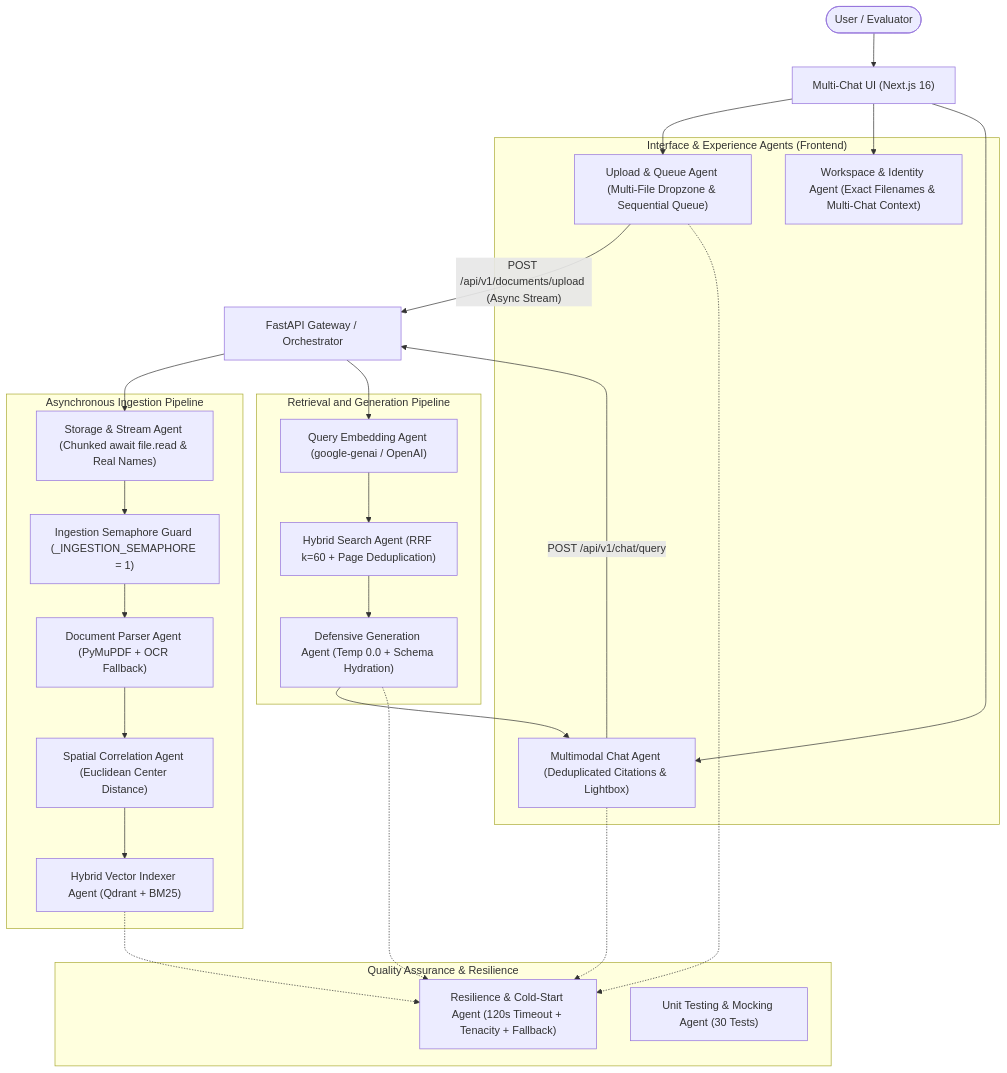
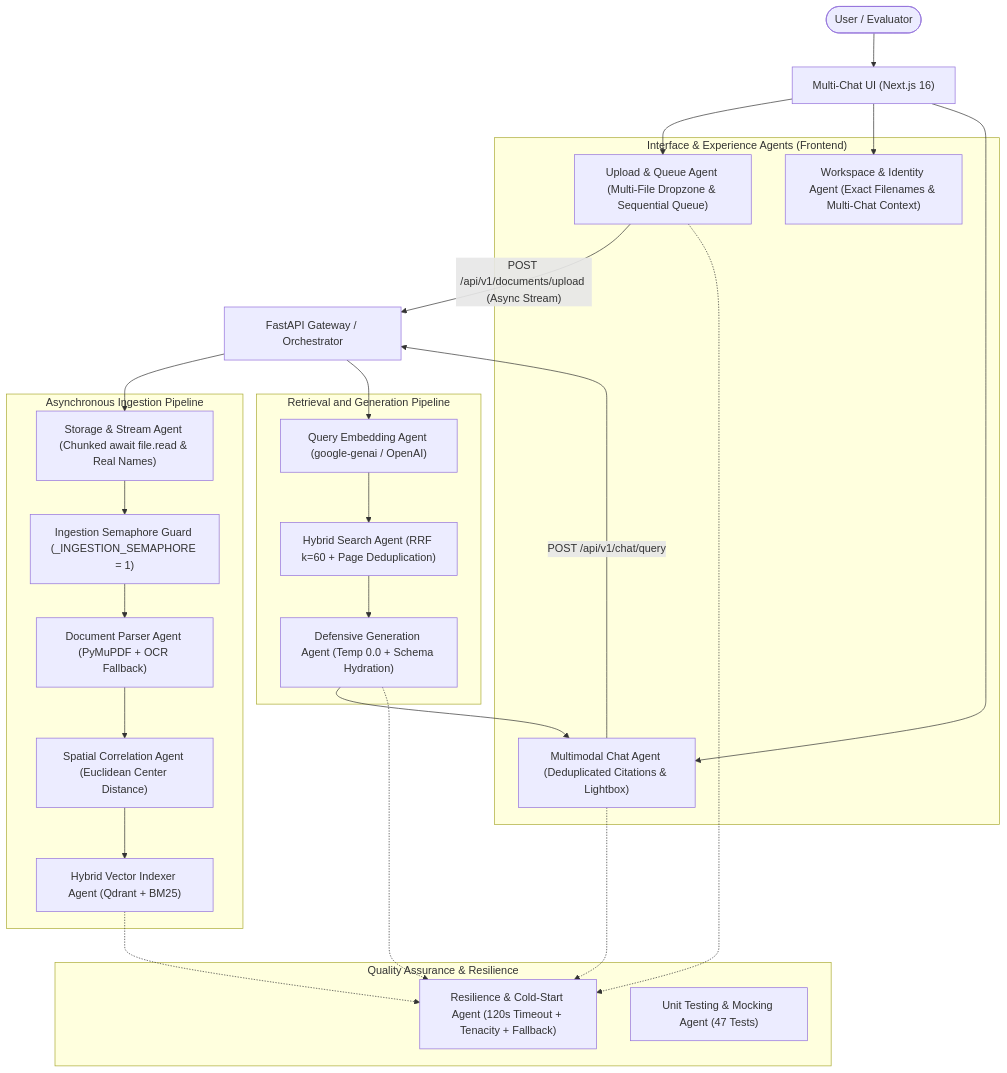
Before and after one commit to jc9218/multimodal-rag: the diagram in AGENTS.md, drawn with Mermaid. The commit also changed other lines of this file and 3 other files, not shown here.

````diff
--- a/AGENTS.md
+++ b/AGENTS.md
@@ -15,52 +15,52 @@
 ```mermaid
 flowchart TD
     User(["User / Evaluator"]) --> FrontendUI["Multi-Chat UI (Next.js 16)"]
 
     subgraph FrontendAgents["Interface & Experience Agents (Frontend)"]
         UploadQueueAgent["Upload & Queue Agent (Multi-File Dropzone & Sequential Queue)"]
         WorkspaceAgent["Workspace & Identity Agent (Exact Filenames & Multi-Chat Context)"]
         MultimodalChatAgent["Multimodal Chat Agent (Deduplicated Citations & Lightbox)"]
     end
 
     FrontendUI --> UploadQueueAgent
     FrontendUI --> WorkspaceAgent
     FrontendUI --> MultimodalChatAgent
 
     UploadQueueAgent -->|"POST /api/v1/documents/upload (Async Stream)"| Gateway["FastAPI Gateway / Orchestrator"]
     MultimodalChatAgent -->|"POST /api/v1/chat/query"| Gateway
 
     subgraph IngestionPipeline["Asynchronous Ingestion Pipeline"]
         StorageAgent["Storage & Stream Agent (Chunked await file.read & Real Names)"]
         SemaphoreGuard["Ingestion Semaphore Guard (_INGESTION_SEMAPHORE = 1)"]
         ParserAgent["Document Parser Agent (PyMuPDF + OCR Fallback)"]
         SpatialAgent["Spatial Correlation Agent (Euclidean Center Distance)"]
         VectorIndexerAgent["Hybrid Vector Indexer Agent (Qdrant + BM25)"]
     end
 
     subgraph QueryPipeline["Retrieval and Generation Pipeline"]
         QueryEmbeddingAgent["Query Embedding Agent (google-genai / OpenAI)"]
         HybridSearchAgent["Hybrid Search Agent (RRF k=60 + Page Deduplication)"]
         DefensiveLLMAgent["Defensive Generation Agent (Temp 0.0 + Schema Hydration)"]
     end
 
     subgraph QualityAssurance["Quality Assurance & Resilience"]
         ResilienceAgent["Resilience & Cold-Start Agent (120s Timeout + Tenacity + Fallback)"]
-        TestRunnerAgent["Unit Testing & Mocking Agent (30 Tests)"]
+        TestRunnerAgent["Unit Testing & Mocking Agent (47 Tests)"]
     end
 
     Gateway --> StorageAgent
     StorageAgent --> SemaphoreGuard
     SemaphoreGuard --> ParserAgent
     ParserAgent --> SpatialAgent
     SpatialAgent --> VectorIndexerAgent
 
     Gateway --> QueryEmbeddingAgent
     QueryEmbeddingAgent --> HybridSearchAgent
     HybridSearchAgent --> DefensiveLLMAgent
     DefensiveLLMAgent --> MultimodalChatAgent
 
     VectorIndexerAgent -.-> ResilienceAgent
     DefensiveLLMAgent -.-> ResilienceAgent
     UploadQueueAgent -.-> ResilienceAgent
     MultimodalChatAgent -.-> ResilienceAgent
 ```
````
